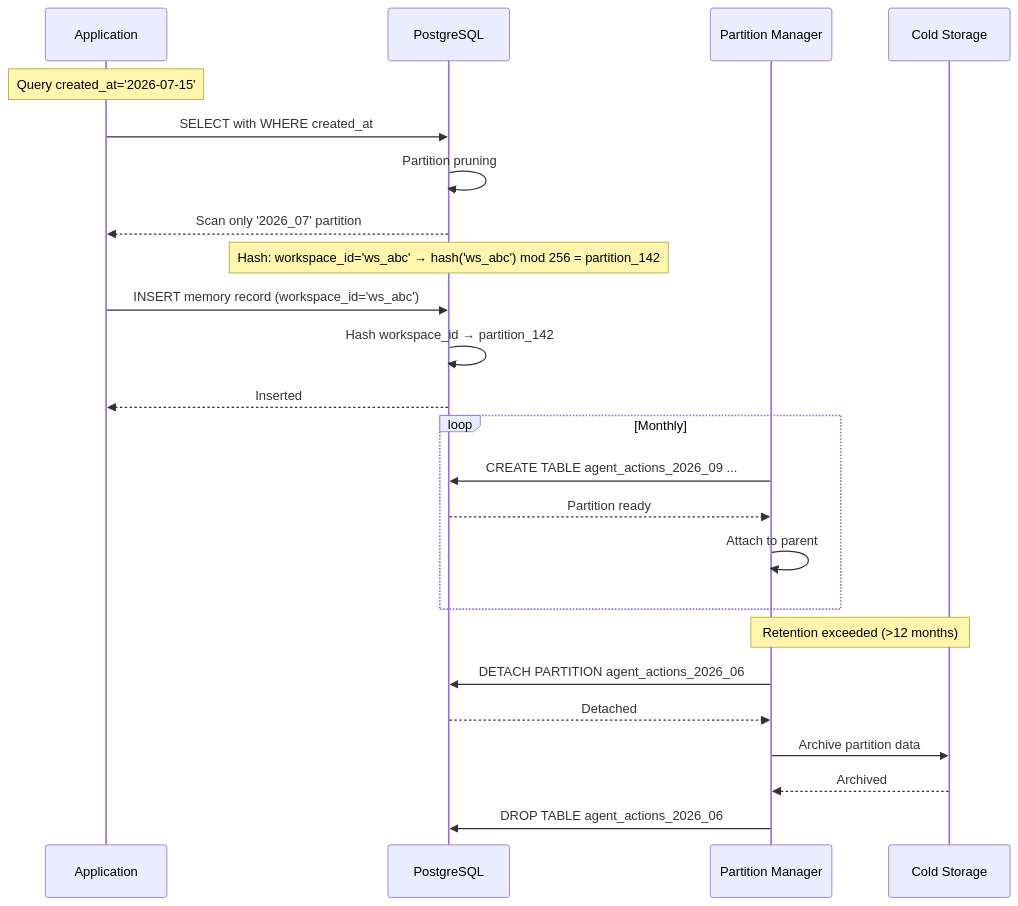
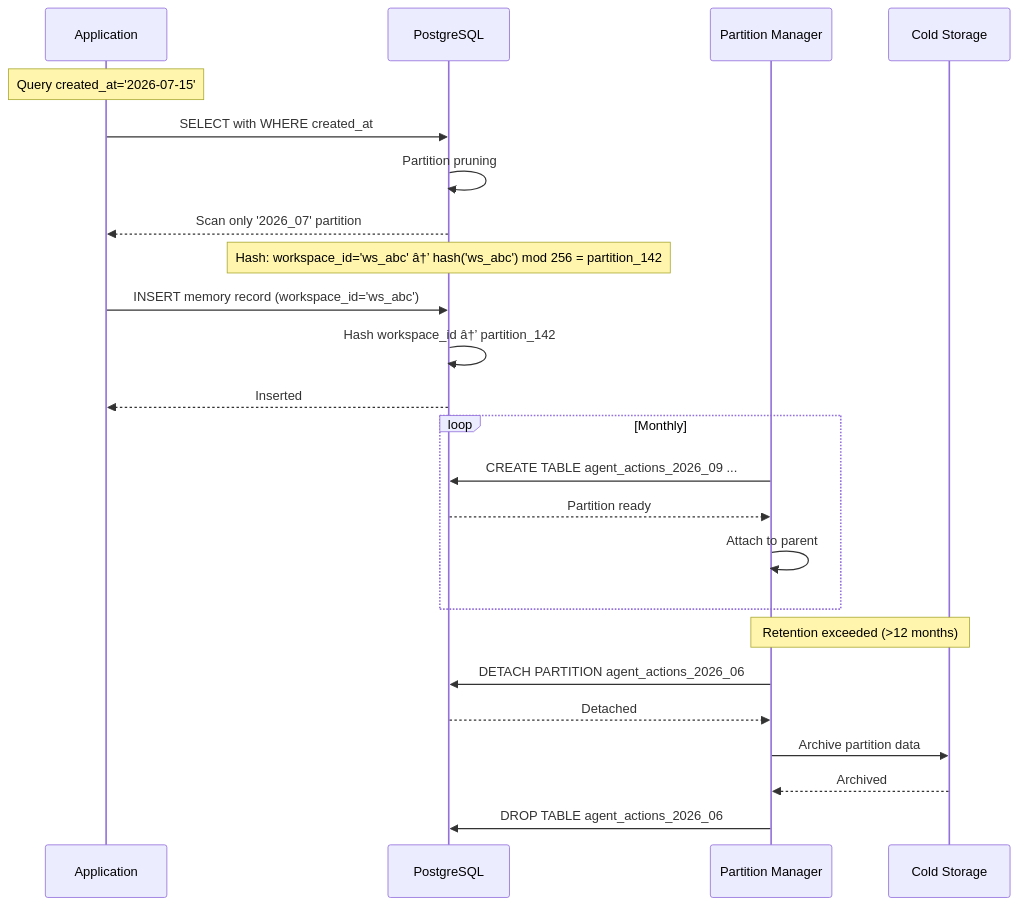
Before and after one commit to Driftloom/Vaeloom: the second of 2 diagrams in Docs/Database/Partitioning.md, drawn with Mermaid. The commit also changed other lines of this file and 249 other files, not shown here.

````diff
--- a/Docs/Database/Partitioning.md
+++ b/Docs/Database/Partitioning.md
@@ -309,33 +309,33 @@
 ```mermaid
 sequenceDiagram
     participant APP as Application
     participant DB as PostgreSQL
     participant CRON as Partition Manager
     participant S3 as Cold Storage
 
     Note over APP: Query created_at='2026-07-15'
 
     APP->>DB: SELECT with WHERE created_at
     DB->>DB: Partition pruning
     DB-->>APP: Scan only '2026_07' partition
 
-    Note over DB: Hash: workspace_id='ws_abc' → hash('ws_abc') mod 256 = partition_142
+    Note over DB: Hash: workspace_id='ws_abc' â†’ hash('ws_abc') mod 256 = partition_142
 
     APP->>DB: INSERT memory record (workspace_id='ws_abc')
-    DB->>DB: Hash workspace_id → partition_142
+    DB->>DB: Hash workspace_id â†’ partition_142
     DB-->>APP: Inserted
 
     loop Monthly
         CRON->>DB: CREATE TABLE agent_actions_2026_09 ...
         DB-->>CRON: Partition ready
         CRON->>CRON: Attach to parent
     end
 
     Note over CRON,S3: Retention exceeded (>12 months)
 
     CRON->>DB: DETACH PARTITION agent_actions_2026_06
     DB-->>CRON: Detached
     CRON->>S3: Archive partition data
     S3-->>CRON: Archived
     CRON->>DB: DROP TABLE agent_actions_2026_06
 ```
````
